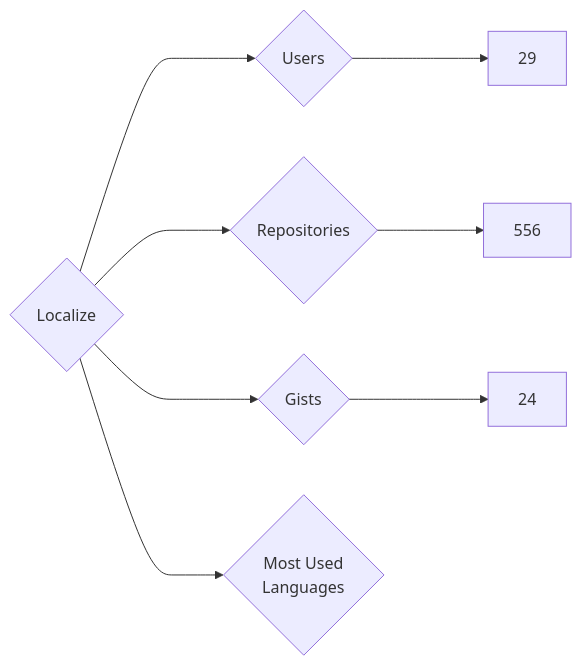
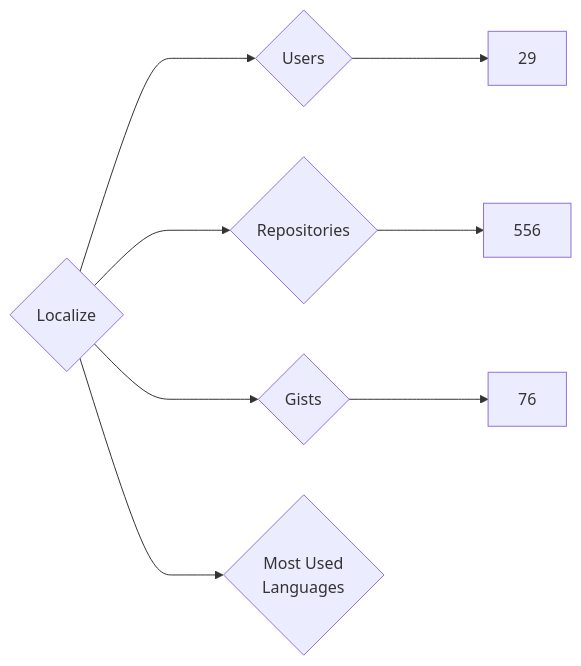
The diagram in targets/Localize/README.md (nenadzaric/insiders), drawn with Mermaid before and after one commit. The commit also changed 1342 other files, not shown here.

````diff
--- a/targets/Localize/README.md
+++ b/targets/Localize/README.md
@@ -3,8 +3,8 @@
 ```mermaid
 graph LR
 COMPANY_NAME{Localize}
 COMPANY_NAME ---> U{Users} ---> UN[29]
 COMPANY_NAME ---> R{Repositories} ---> RN[556]
-COMPANY_NAME ---> G{Gists} ---> GN[24]
+COMPANY_NAME ---> G{Gists} ---> GN[76]
 COMPANY_NAME ---> ML{Most Used<br>Languages}
 ```
````
